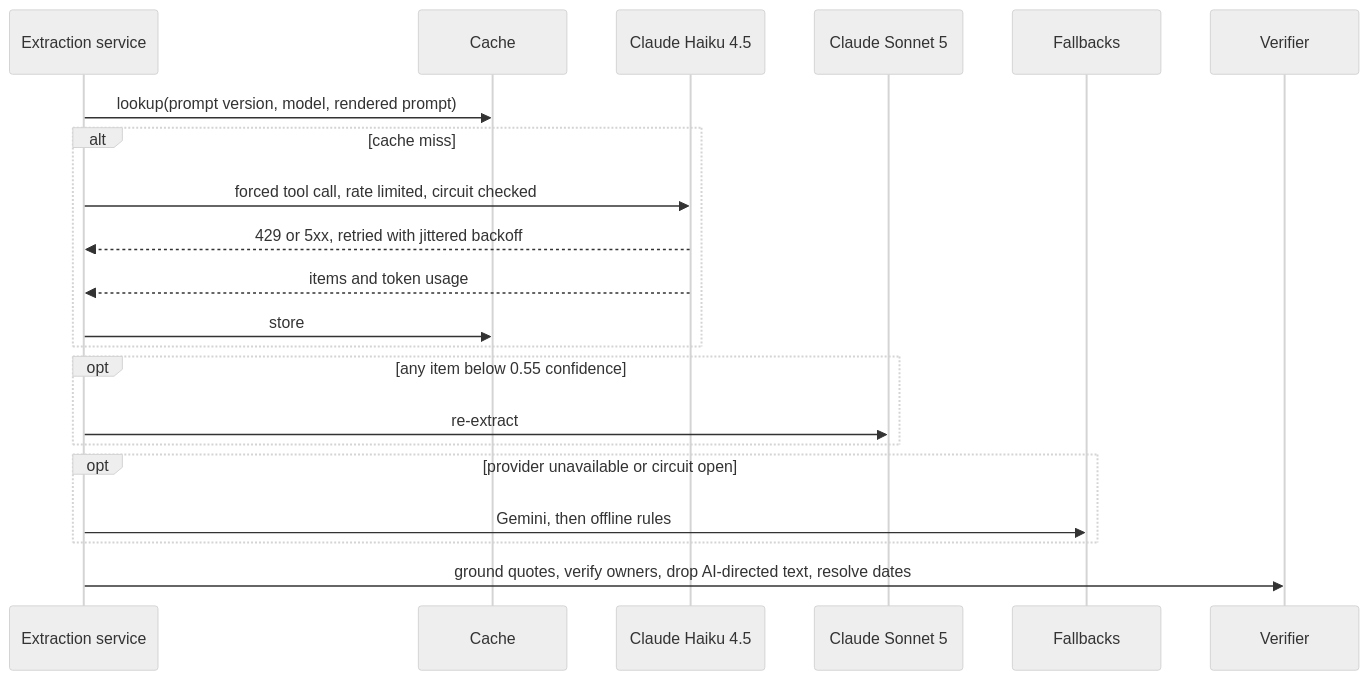
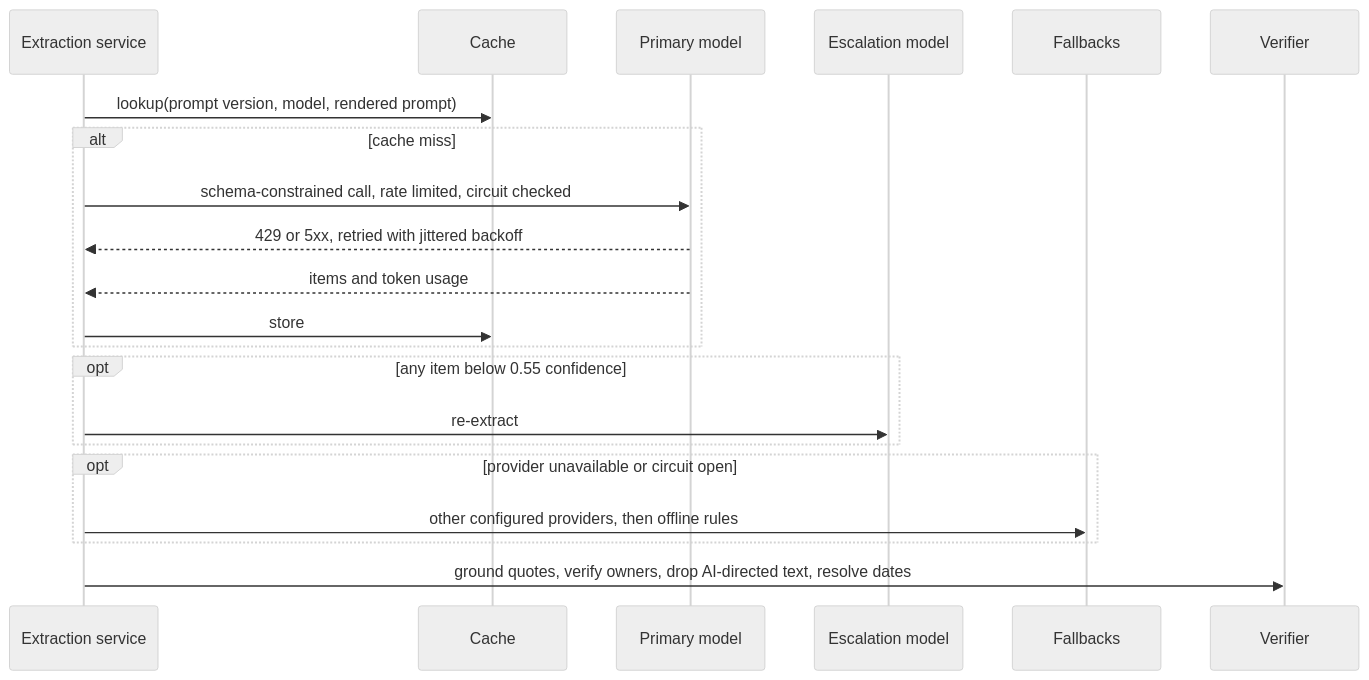
The second of 2 diagrams in README.md (pavan-dangeti/Chief-of-Staff-AI), drawn with Mermaid (neutral theme) before and after one commit. The commit also changed other lines of this file and 24 other files, not shown here.

````diff
--- a/README.md
+++ b/README.md
@@ -81,23 +84,23 @@
 ```mermaid
 sequenceDiagram
     participant S as Extraction service
     participant C as Cache
-    participant P as Claude Haiku 4.5
-    participant E as Claude Sonnet 5
+    participant P as Primary model
+    participant E as Escalation model
     participant F as Fallbacks
     participant V as Verifier
     S->>C: lookup(prompt version, model, rendered prompt)
     alt cache miss
-        S->>P: forced tool call, rate limited, circuit checked
+        S->>P: schema-constrained call, rate limited, circuit checked
         P-->>S: 429 or 5xx, retried with jittered backoff
         P-->>S: items and token usage
         S->>C: store
     end
     opt any item below 0.55 confidence
         S->>E: re-extract
     end
     opt provider unavailable or circuit open
-        S->>F: Gemini, then offline rules
+        S->>F: other configured providers, then offline rules
     end
     S->>V: ground quotes, verify owners, drop AI-directed text, resolve dates
 ```
````
